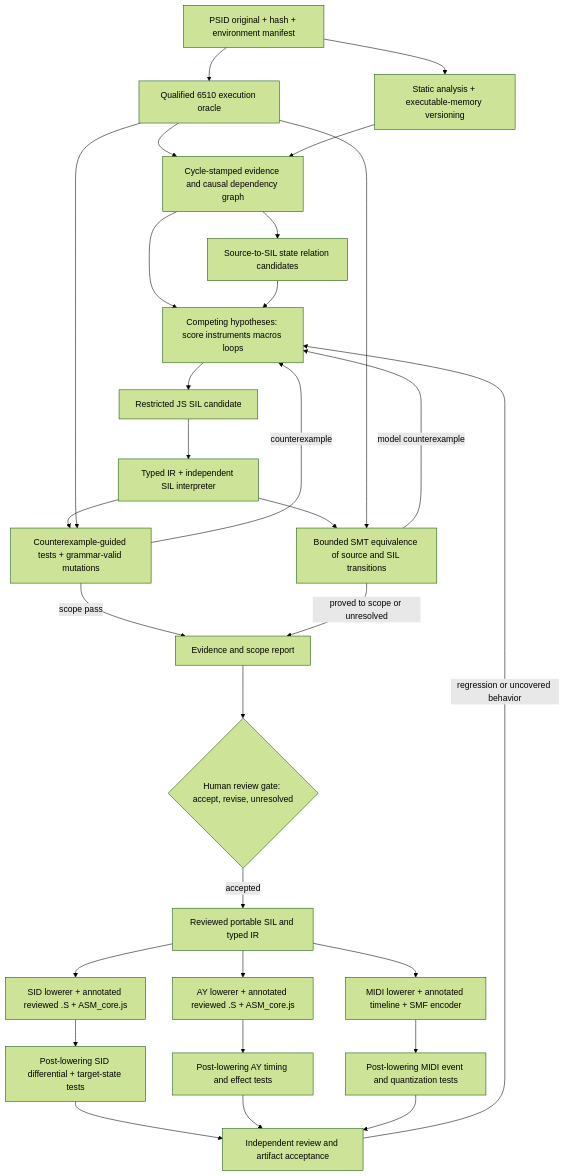
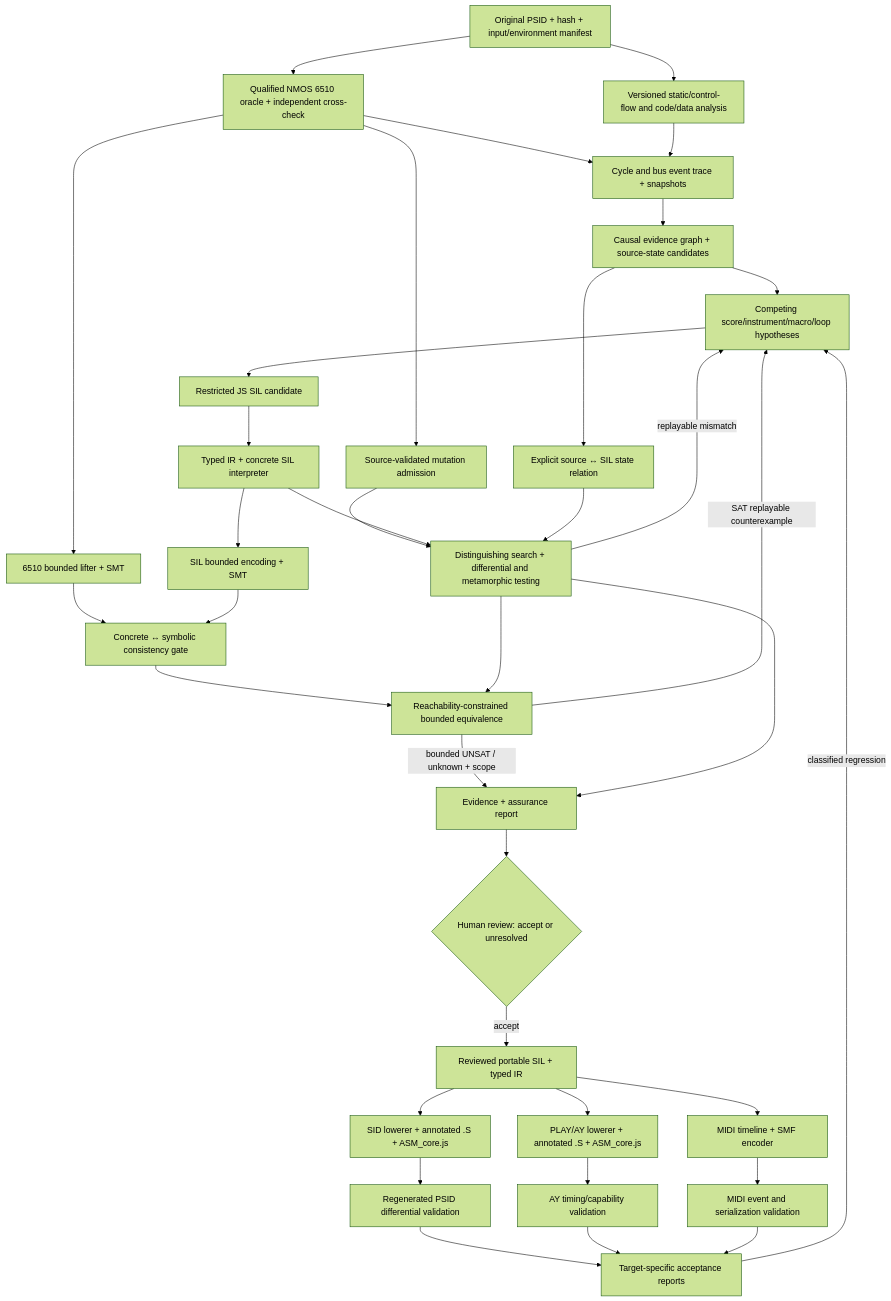
The third of 3 diagrams in docs/PLAY_Semantic_Intermediate_Language.md (RetroAppleJS/RetroAppleJS.github.io), drawn with Mermaid (forest theme) before and after one commit. The commit also changed other lines of this file and 4 other files, not shown here.

````diff
--- a/docs/PLAY_Semantic_Intermediate_Language.md
+++ b/docs/PLAY_Semantic_Intermediate_Language.md
@@ -1176,32 +1161,38 @@
 ```mermaid
 flowchart TD
-    P[PSID original + hash + environment manifest] --> O[Qualified 6510 execution oracle]
-    P --> A[Static analysis + executable-memory versioning]
-    O --> E[Cycle-stamped evidence and causal dependency graph]
-    A --> E
-    E --> R[Source-to-SIL state relation candidates]
-    E --> H[Competing hypotheses: score instruments macros loops]
-    R --> H
-    H --> G[Restricted JS SIL candidate]
-    G --> I[Typed IR + independent SIL interpreter]
-    I --> T[Counterexample-guided tests + grammar-valid mutations]
-    O --> T
-    T -->|counterexample| H
-    I --> V[Bounded SMT equivalence of source and SIL transitions]
-    O --> V
-    V -->|model counterexample| H
-    T -->|scope pass| U[Evidence and scope report]
-    V -->|proved to scope or unresolved| U
-    U --> M{Human review gate: accept, revise, unresolved}
-    M -->|accepted| C[Reviewed portable SIL and typed IR]
-    C --> S[SID lowerer + annotated reviewed .S + ASM_core.js]
-    C --> Y[AY lowerer + annotated reviewed .S + ASM_core.js]
-    C --> D[MIDI lowerer + annotated timeline + SMF encoder]
-    S --> Q[Post-lowering SID differential + target-state tests]
-    Y --> W[Post-lowering AY timing and effect tests]
-    D --> N[Post-lowering MIDI event and quantization tests]
-    Q --> F[Independent review and artifact acceptance]
-    W --> F
-    N --> F
-    F -->|regression or uncovered behavior| H
+ P[Original PSID + hash + input/environment manifest] --> Q[Qualified NMOS 6510 oracle + independent cross-check]
+ P --> ST[Versioned static/control-flow and code/data analysis]
+ Q --> C[Cycle and bus event trace + snapshots]
+ ST --> C
+ C --> E[Causal evidence graph + source-state candidates]
+ E --> H[Competing score/instrument/macro/loop hypotheses]
+ E --> R[Explicit source ↔ SIL state relation]
+ H --> M[Restricted JS SIL candidate]
+ M --> I[Typed IR + concrete SIL interpreter]
+ Q --> AD[Source-validated mutation admission]
+ AD --> D[Distinguishing search + differential and metamorphic testing]
+ I --> D
+ R --> D
+ Q --> L[6510 bounded lifter + SMT]
+ I --> K[SIL bounded encoding + SMT]
+ L --> S[Concrete ↔ symbolic consistency gate]
+ K --> S
+ S --> F[Reachability-constrained bounded equivalence]
+ D --> F
+ F -->|SAT replayable counterexample| H
+ D -->|replayable mismatch| H
+ F -->|bounded UNSAT / unknown + scope| G[Evidence + assurance report]
+ D --> G
+ G --> V{Human review: accept or unresolved}
+ V -->|accept| T[Reviewed portable SIL + typed IR]
+ T --> PS[SID lowerer + annotated .S + ASM_core.js]
+ T --> AY[PLAY/AY lowerer + annotated .S + ASM_core.js]
+ T --> MD[MIDI timeline + SMF encoder]
+ PS --> VP[Regenerated PSID differential validation]
+ AY --> VA[AY timing/capability validation]
+ MD --> VM[MIDI event and serialization validation]
+ VP --> A[Target-specific acceptance reports]
+ VA --> A
+ VM --> A
+ A -->|classified regression| H
 ```
````
